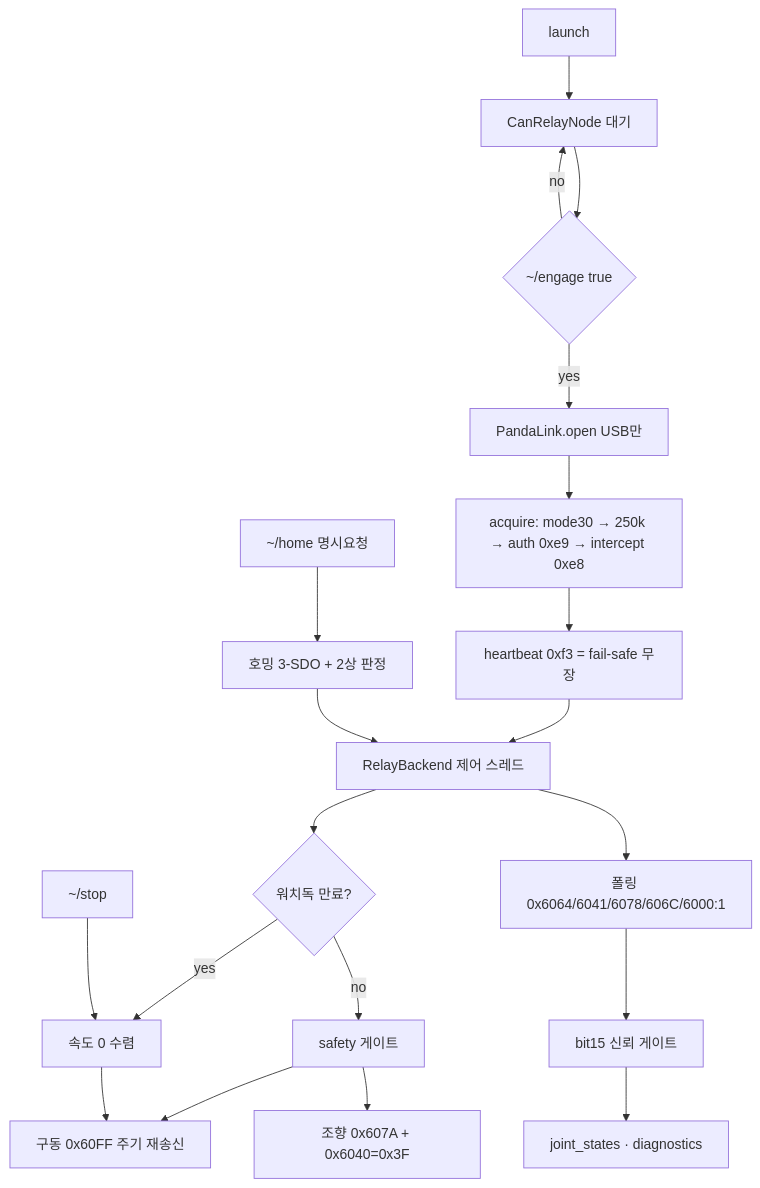
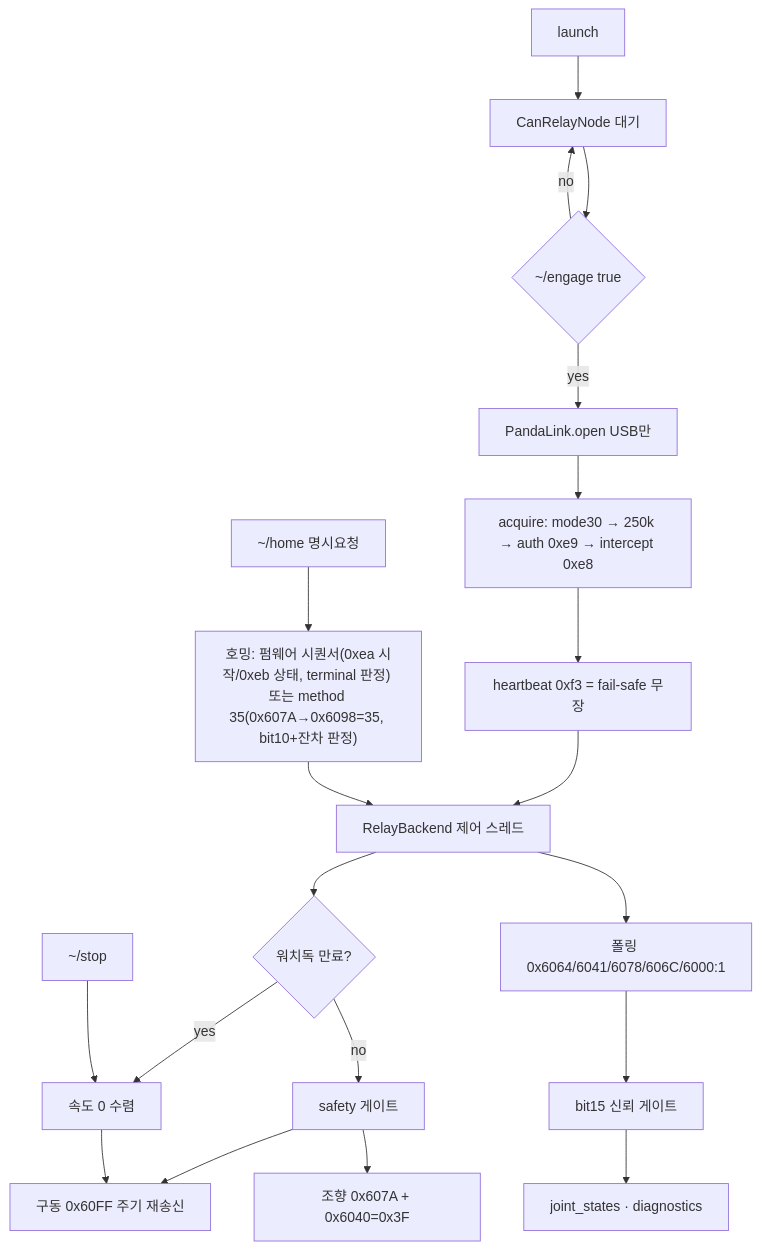
The diagram in docs/code_review/can_relay_ros2/2026-07-29.md (kuks2309/BIG-AMR), drawn with Mermaid before and after one commit. The commit also changed 44 other files, not shown here.

````diff
--- a/docs/code_review/can_relay_ros2/2026-07-29.md
+++ b/docs/code_review/can_relay_ros2/2026-07-29.md
@@ -137,22 +137,22 @@
 ```mermaid
 flowchart TD
     A[launch] --> B[CanRelayNode 대기]
     B --> C{~/engage true}
     C -->|no| B
     C -->|yes| D[PandaLink.open USB만]
     D --> E[acquire: mode30 → 250k → auth 0xe9 → intercept 0xe8]
     E --> F[heartbeat 0xf3 = fail-safe 무장]
     F --> G[RelayBackend 제어 스레드]
     G --> H{워치독 만료?}
     H -->|yes| I[속도 0 수렴]
     H -->|no| J[safety 게이트]
     J --> K[구동 0x60FF 주기 재송신]
     J --> L[조향 0x607A + 0x6040=0x3F]
     G --> M[폴링 0x6064/6041/6078/606C/6000:1]
     M --> N[bit15 신뢰 게이트]
     N --> O[joint_states · diagnostics]
     I --> K
     P[~/stop] --> I
-    Q[~/home 명시요청] --> R[호밍 3-SDO + 2상 판정]
+    Q[~/home 명시요청] --> R["호밍: 펌웨어 시퀀서(0xea 시작/0xeb 상태, terminal 판정) 또는 method 35(0x607A→0x6098=35, bit10+잔차 판정)"]
     R --> G
 ```
````
